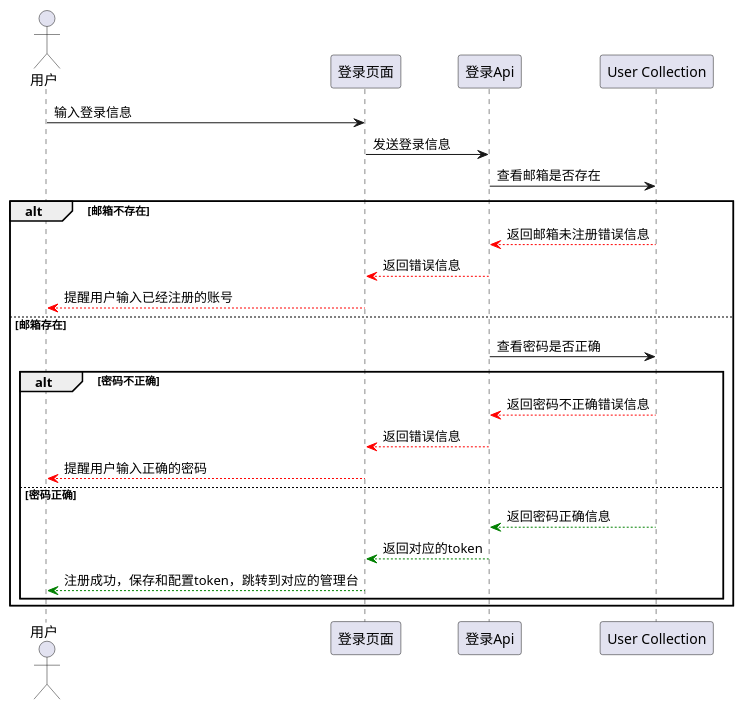
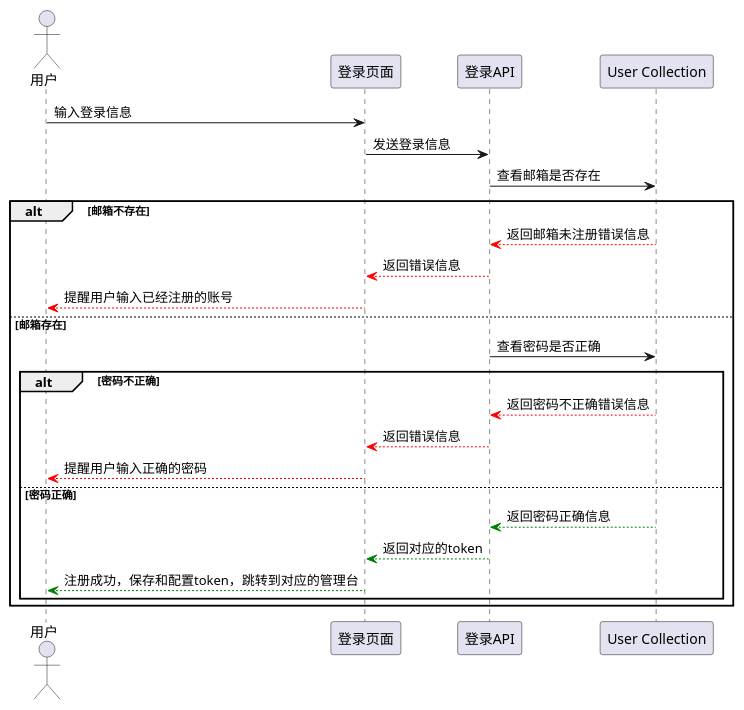
Before and after one commit to ringoyungpo/cetutor-doc: the seventh of 15 diagrams in cetutor.md, drawn with PlantUML. The commit also changed other lines of this file, not shown here.

````diff
--- a/cetutor.md
+++ b/cetutor.md
@@ -564,26 +565,26 @@
 ```puml
 actor 用户 as A
 participant "登录页面" as B
-participant "登录Api" as C
+participant "登录API" as C
 participant "User Collection" as D
 
 A -> B: 输入登录信息
 B -> C: 发送登录信息
 C -> D: 查看邮箱是否存在
 alt 邮箱不存在
 C <[#red]-- D : 返回邮箱未注册错误信息
 B <[#red]-- C : 返回错误信息
 A <[#red]-- B: 提醒用户输入已经注册的账号
 else 邮箱存在
 	C -> D: 查看密码是否正确
 	alt 密码不正确
 		C <[#red]-- D : 返回密码不正确错误信息
 		B <[#red]-- C : 返回错误信息
 		A <[#red]-- B: 提醒用户输入正确的密码
 	else 密码正确
 		C <[#green]-- D: 返回密码正确信息
 		B <[#green]-- C: 返回对应的token
 		A <[#green]-- B: 注册成功，保存和配置token，跳转到对应的管理台
 	end
 end
 ```
````
